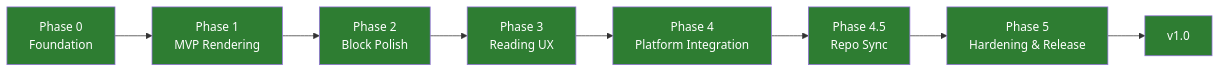
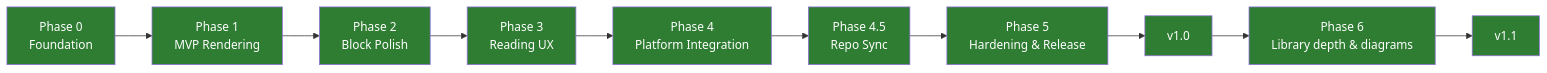
Before and after one commit to cemililik/markdown-viewer-mobile: the diagram in docs/roadmap.md, drawn with Mermaid. The commit also changed other lines of this file and 26 other files, not shown here.

First line of the commit message:
feat(v1.1.0): library content search + pull-to-refresh + mermaid fullscreen

````diff
--- a/docs/roadmap.md
+++ b/docs/roadmap.md
@@ -5,19 +5,23 @@
 ```mermaid
 graph LR
     P0[Phase 0<br/>Foundation] --> P1[Phase 1<br/>MVP Rendering]
     P1 --> P2[Phase 2<br/>Block Polish]
     P2 --> P3[Phase 3<br/>Reading UX]
     P3 --> P4[Phase 4<br/>Platform Integration]
     P4 --> P45[Phase 4.5<br/>Repo Sync]
     P45 --> P5[Phase 5<br/>Hardening & Release]
     P5 --> V1[v1.0]
+    V1 --> P6[Phase 6<br/>Library depth & diagrams]
+    P6 --> V11[v1.1]
 
     style P0 fill:#2e7d32,color:#fff
     style P1 fill:#2e7d32,color:#fff
     style P2 fill:#2e7d32,color:#fff
     style P3 fill:#2e7d32,color:#fff
     style P4 fill:#2e7d32,color:#fff
     style P45 fill:#2e7d32,color:#fff
     style P5 fill:#2e7d32,color:#fff
     style V1 fill:#2e7d32,color:#fff
+    style P6 fill:#2e7d32,color:#fff
+    style V11 fill:#2e7d32,color:#fff
 ```
````
